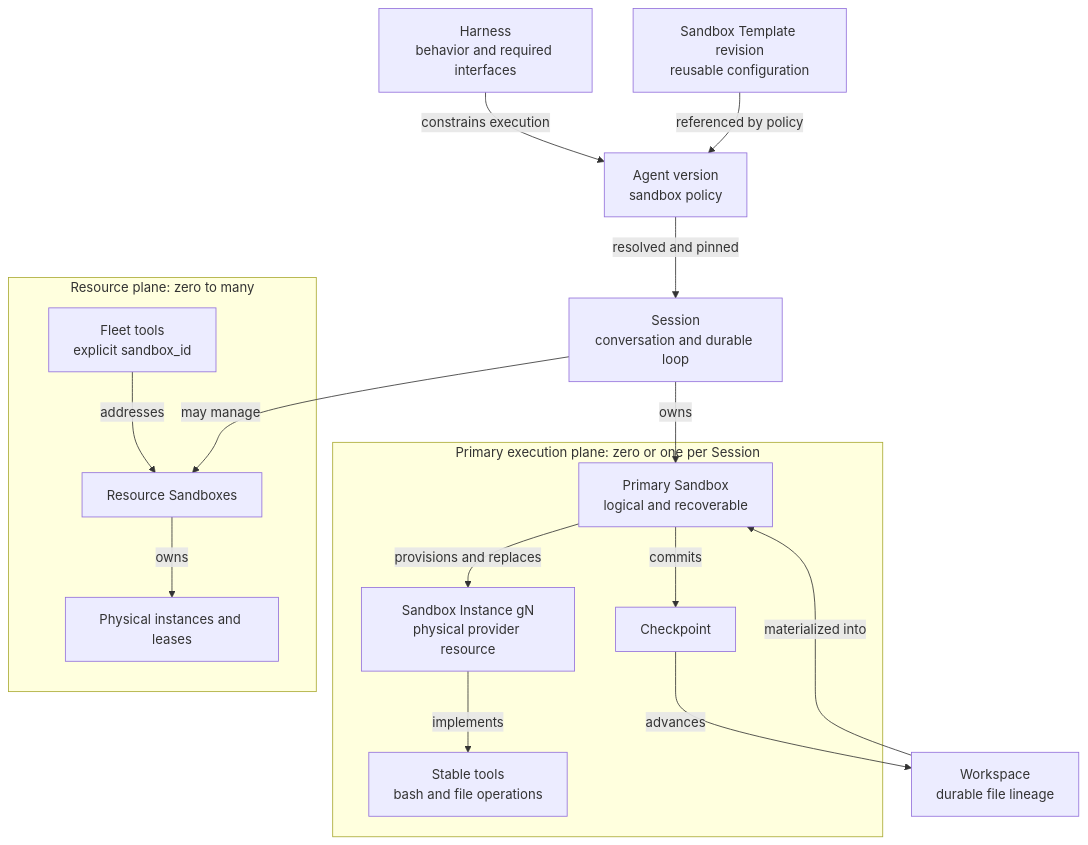
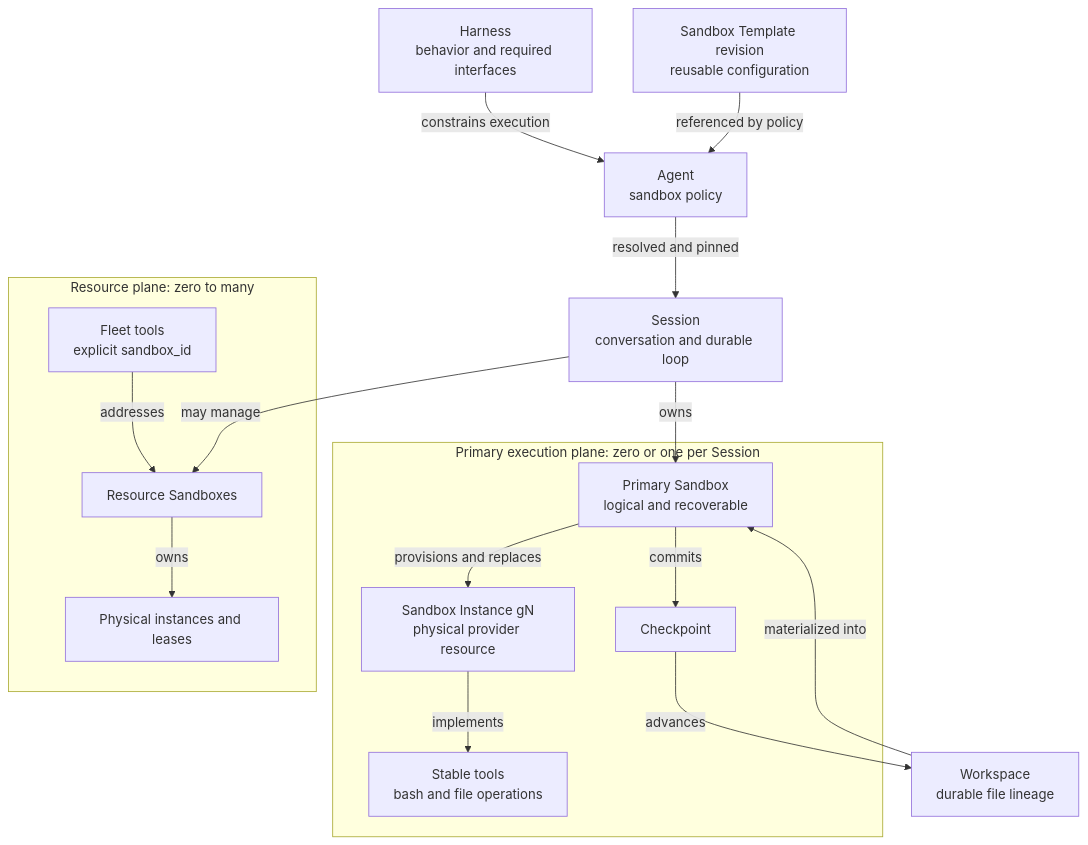
Before and after one commit to everruns/everruns: the first of 2 diagrams in knowledge/harnesses/sandbox-abstraction.md, drawn with Mermaid. The commit also changed other lines of this file and 234 other files, not shown here.

````diff
--- a/knowledge/harnesses/sandbox-abstraction.md
+++ b/knowledge/harnesses/sandbox-abstraction.md
@@ -43,36 +43,36 @@
 ```mermaid
 flowchart TB
     H["Harness<br/>behavior and required interfaces"]
-    A["Agent version<br/>sandbox policy"]
+    A["Agent<br/>sandbox policy"]
     E["Sandbox Template revision<br/>reusable configuration"]
     S["Session<br/>conversation and durable loop"]
     W["Workspace<br/>durable file lineage"]
 
     H -->|"constrains execution"| A
     E -->|"referenced by policy"| A
     A -->|"resolved and pinned"| S
 
     subgraph primary["Primary execution plane: zero or one per Session"]
         P["Primary Sandbox<br/>logical and recoverable"]
         I["Sandbox Instance gN<br/>physical provider resource"]
         C["Checkpoint"]
         T["Stable tools<br/>bash and file operations"]
         P -->|"provisions and replaces"| I
         I -->|"implements"| T
         P -->|"commits"| C
     end
 
     S -->|"owns"| P
     W -->|"materialized into"| P
     C -->|"advances"| W
 
     subgraph fleet["Resource plane: zero to many"]
         R["Resource Sandboxes"]
         RI["Physical instances and leases"]
         RT["Fleet tools<br/>explicit sandbox_id"]
         R -->|"owns"| RI
         RT -->|"addresses"| R
     end
 
     S -->|"may manage"| R
 ```
````
